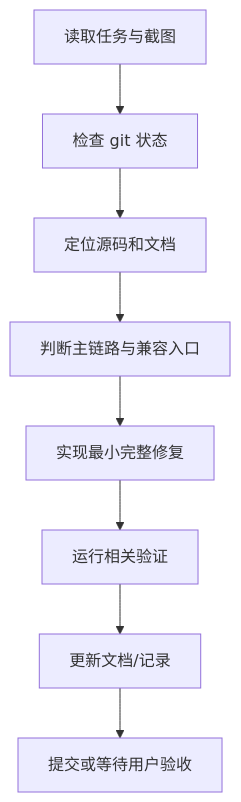
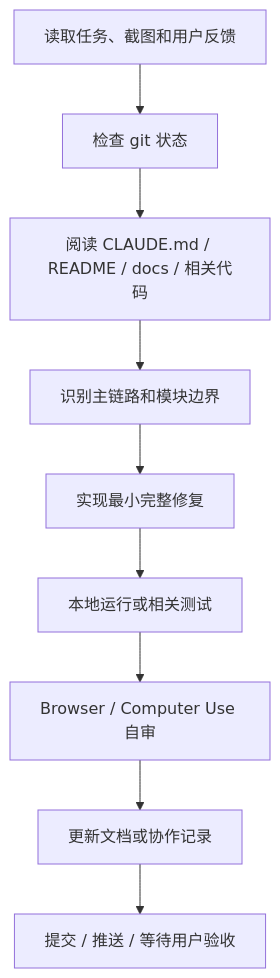
Before and after one commit to jiajiajiaxr/bottled-water: the diagram in docs/ai-collaboration-record/02-ai-collaboration-spec.md, drawn with Mermaid. The commit also changed other lines of this file and 15 other files, not shown here.

````diff
--- a/docs/ai-collaboration-record/02-ai-collaboration-spec.md
+++ b/docs/ai-collaboration-record/02-ai-collaboration-spec.md
@@ -27,10 +28,11 @@
 ```mermaid
 flowchart TD
-  A["读取任务与截图"] --> B["检查 git 状态"]
-  B --> C["定位源码和文档"]
-  C --> D["判断主链路与兼容入口"]
+  A["读取任务、截图和用户反馈"] --> B["检查 git 状态"]
+  B --> C["阅读 CLAUDE.md / README / docs / 相关代码"]
+  C --> D["识别主链路和模块边界"]
   D --> E["实现最小完整修复"]
-  E --> F["运行相关验证"]
-  F --> G["更新文档/记录"]
-  G --> H["提交或等待用户验收"]
+  E --> F["本地运行或相关测试"]
+  F --> G["Browser / Computer Use 自审"]
+  G --> H["更新文档或协作记录"]
+  H --> I["提交 / 推送 / 等待用户验收"]
 ```
````
